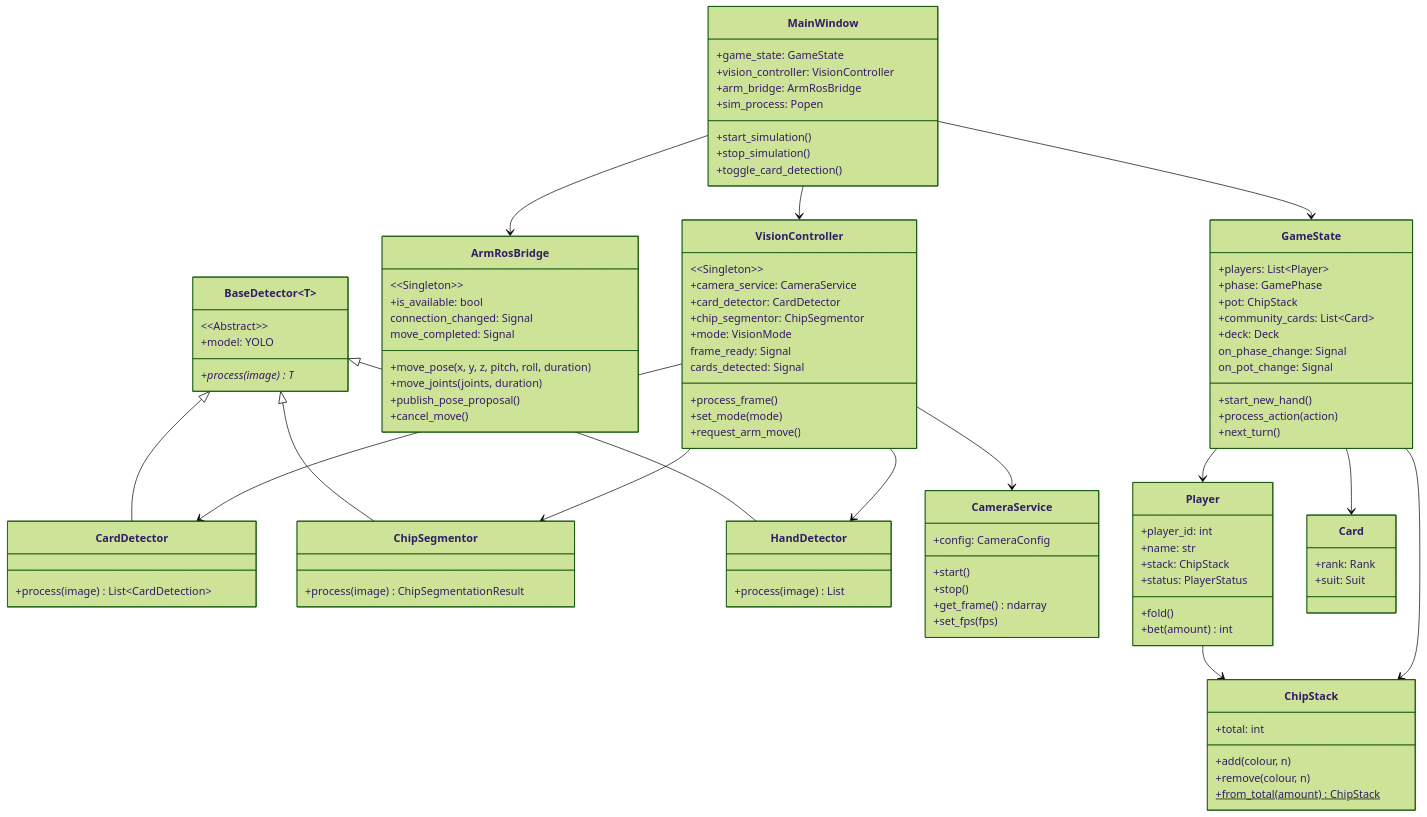
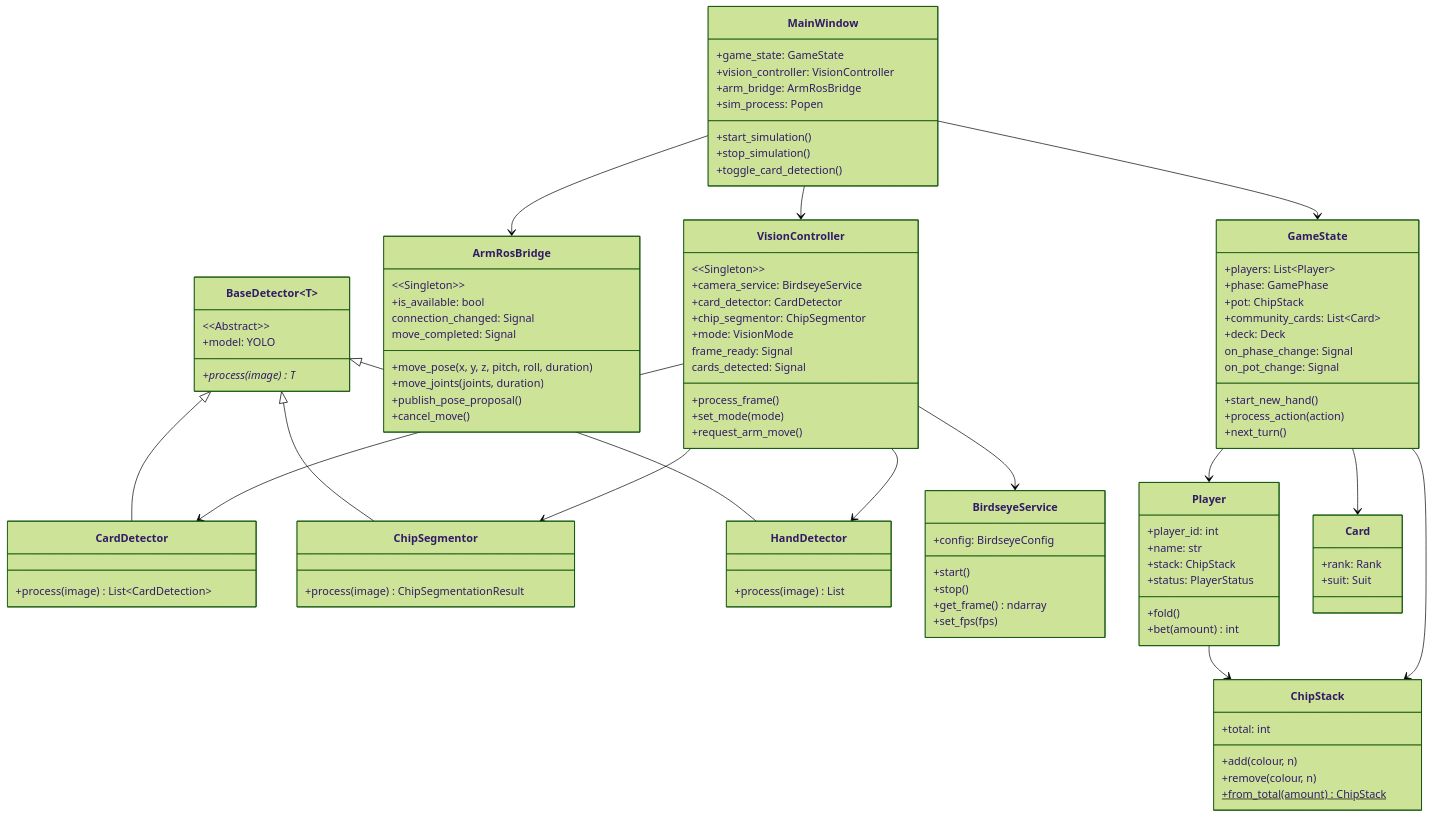
One commit to jalliet/prap-25-26 changed the diagram in docs/diagrams/class-relationships/class-relationships.mmd. Above: the diagram before and after it, drawn with Mermaid (forest theme). The commit also changed 5 other files, not shown here.

Commit message:
refactor: rename CameraService to BirdseyeService

```diff
--- a/docs/diagrams/class-relationships/class-relationships.mmd
+++ b/docs/diagrams/class-relationships/class-relationships.mmd
@@ -1,109 +1,109 @@
 classDiagram
     class MainWindow {
         +game_state: GameState
         +vision_controller: VisionController
         +arm_bridge: ArmRosBridge
         +sim_process: Popen
         +start_simulation()
         +stop_simulation()
         +toggle_card_detection()
     }
 
     class VisionController {
         &lt;&lt;Singleton&gt;&gt;
-        +camera_service: CameraService
+        +camera_service: BirdseyeService
         +card_detector: CardDetector
         +chip_segmentor: ChipSegmentor
         +mode: VisionMode
         +process_frame()
         +set_mode(mode)
         +request_arm_move()
         frame_ready: Signal
         cards_detected: Signal
     }
 
     class ArmRosBridge {
         &lt;&lt;Singleton&gt;&gt;
         +is_available: bool
         +move_pose(x, y, z, pitch, roll, duration)
         +move_joints(joints, duration)
         +publish_pose_proposal()
         +cancel_move()
         connection_changed: Signal
         move_completed: Signal
     }
 
     class GameState {
         +players: List~Player~
         +phase: GamePhase
         +pot: ChipStack
         +community_cards: List~Card~
         +deck: Deck
         +start_new_hand()
         +process_action(action)
         +next_turn()
         on_phase_change: Signal
         on_pot_change: Signal
     }
 
     class BaseDetector~T~ {
         &lt;&lt;Abstract&gt;&gt;
         +model: YOLO
         +process(image)* T
     }
 
     class CardDetector {
         +process(image) List~CardDetection~
     }
 
     class ChipSegmentor {
         +process(image) ChipSegmentationResult
     }
 
     class HandDetector {
         +process(image) List
     }
 
-    class CameraService {
-        +config: CameraConfig
+    class BirdseyeService {
+        +config: BirdseyeConfig
         +start()
         +stop()
         +get_frame() ndarray
         +set_fps(fps)
     }
 
     class Player {
         +player_id: int
         +name: str
         +stack: ChipStack
         +status: PlayerStatus
         +fold()
         +bet(amount) int
     }
 
     class ChipStack {
         +total: int
         +add(colour, n)
         +remove(colour, n)
         +from_total(amount)$ ChipStack
     }
 
     class Card {
         +rank: Rank
         +suit: Suit
     }
 
     MainWindow --> VisionController
     MainWindow --> ArmRosBridge
     MainWindow --> GameState
-    VisionController --> CameraService
+    VisionController --> BirdseyeService
     VisionController --> CardDetector
     VisionController --> ChipSegmentor
     VisionController --> HandDetector
     BaseDetector <|-- CardDetector
     BaseDetector <|-- ChipSegmentor
     BaseDetector <|-- HandDetector
     GameState --> Player
     GameState --> Card
     GameState --> ChipStack
     Player --> ChipStack
```
